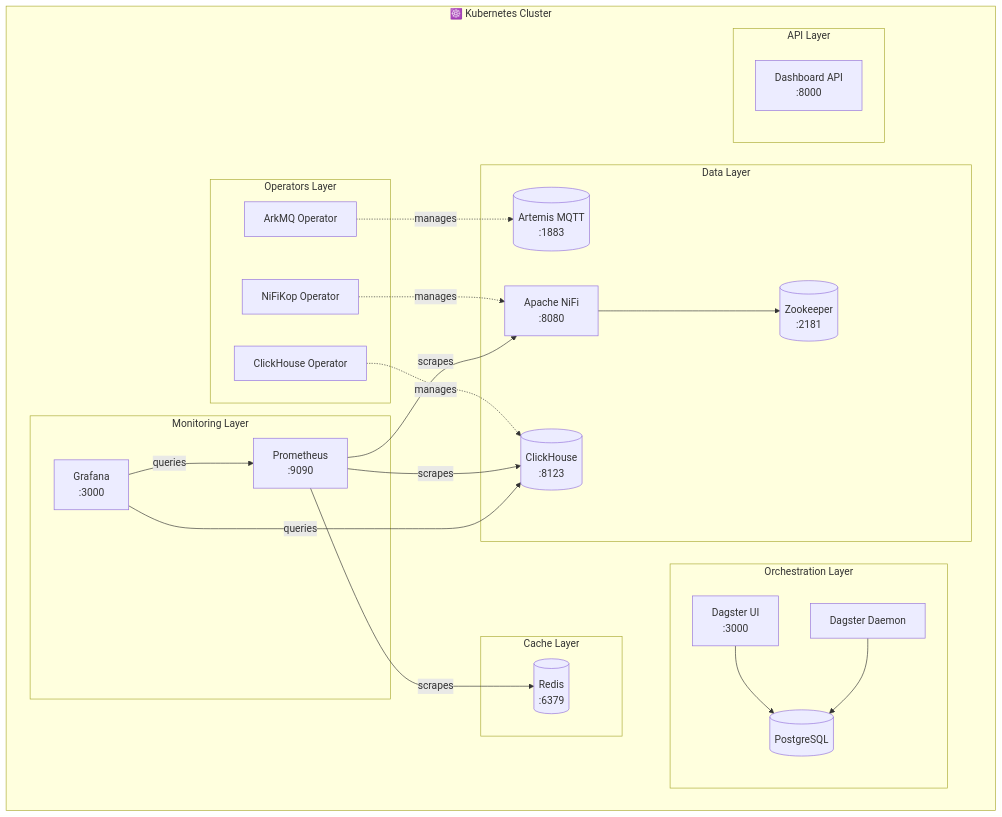
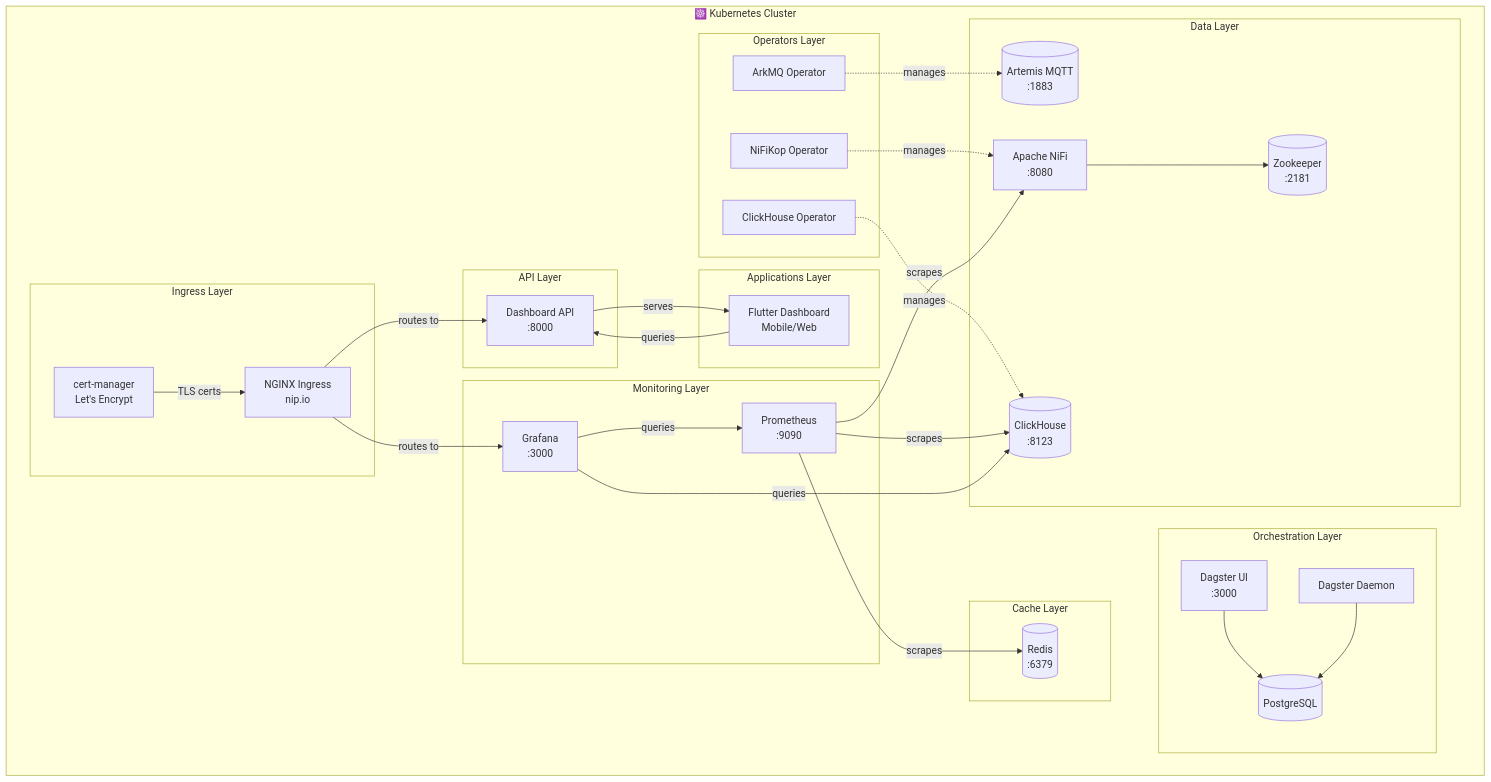
Before and after one commit to rammi-dev/mqtt-artemis: the second of 3 diagrams in docs/ARCHITECTURE.md, drawn with Mermaid. The commit also changed other lines of this file and 20 other files, not shown here.

````diff
--- a/docs/ARCHITECTURE.md
+++ b/docs/ARCHITECTURE.md
@@ -62,48 +80,62 @@
 ```mermaid
 graph TB
     subgraph Kubernetes ["☸️ Kubernetes Cluster"]
         subgraph Operators ["Operators Layer"]
             ArkMQ[ArkMQ Operator]
             NiFiKop[NiFiKop Operator]
             CHOp[ClickHouse Operator]
         end
 
         subgraph Data ["Data Layer"]
             Artemis[("Artemis MQTT<br/>:1883")]
             NiFi["Apache NiFi<br/>:8080"]
             ClickHouse[("ClickHouse<br/>:8123")]
             ZK[("Zookeeper<br/>:2181")]
         end
 
         subgraph Cache ["Cache Layer"]
             Redis[("Redis<br/>:6379")]
         end
 
         subgraph Orchestration ["Orchestration Layer"]
             DagsterUI["Dagster UI<br/>:3000"]
             DagsterDaemon[Dagster Daemon]
             DagsterPG[("PostgreSQL")]
         end
 
         subgraph Monitoring ["Monitoring Layer"]
             Prometheus["Prometheus<br/>:9090"]
             Grafana["Grafana<br/>:3000"]
         end
 
         subgraph API ["API Layer"]
             DashAPI["Dashboard API<br/>:8000"]
         end
+
+        subgraph Apps ["Applications Layer"]
+            Flutter["Flutter Dashboard<br/>Mobile/Web"]
+        end
+
+        subgraph Ingress ["Ingress Layer"]
+            NGINX["NGINX Ingress<br/>nip.io"]
+            CertMgr["cert-manager<br/>Let's Encrypt"]
+        end
     end
 
     ArkMQ -.->|manages| Artemis
+    DashAPI -->|serves| Flutter
+    Flutter -->|queries| DashAPI
+    NGINX -->|routes to| DashAPI
+    NGINX -->|routes to| Grafana
+    CertMgr -->|TLS certs| NGINX
     NiFiKop -.->|manages| NiFi
     CHOp -.->|manages| ClickHouse
     NiFi --> ZK
     DagsterUI --> DagsterPG
     DagsterDaemon --> DagsterPG
     Prometheus -->|scrapes| NiFi
     Prometheus -->|scrapes| ClickHouse
     Prometheus -->|scrapes| Redis
     Grafana -->|queries| Prometheus
     Grafana -->|queries| ClickHouse
 ```
````
